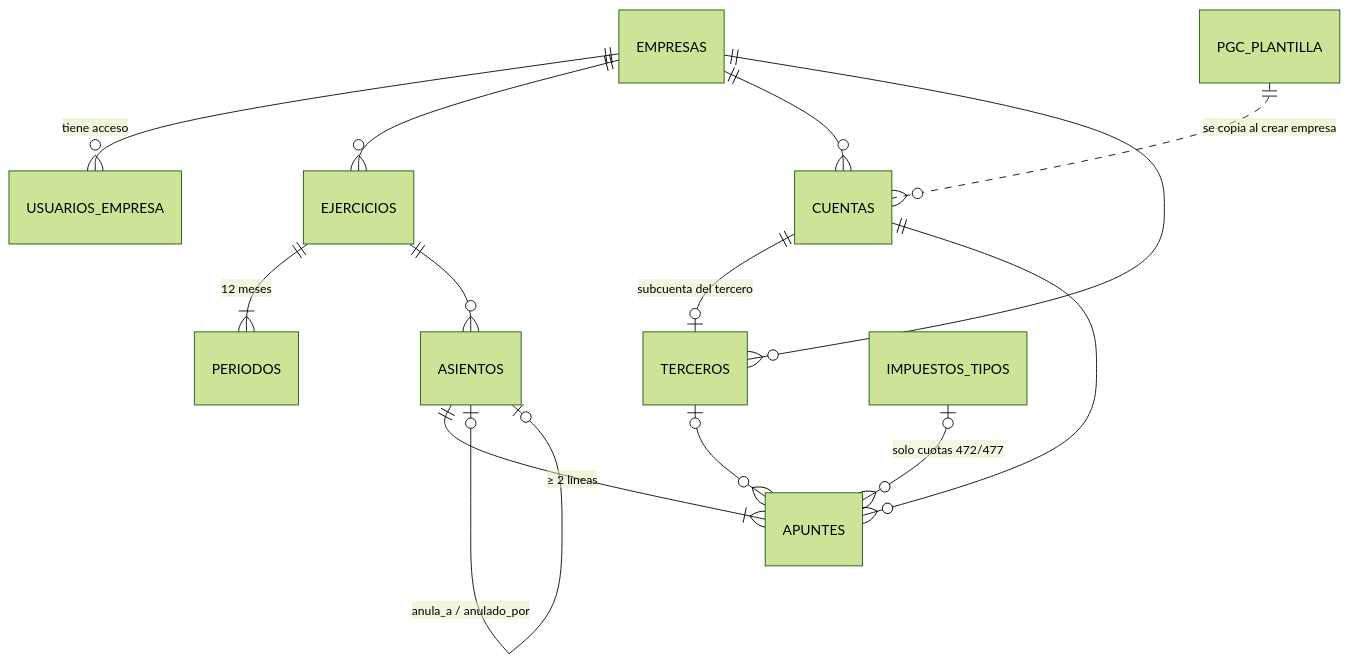
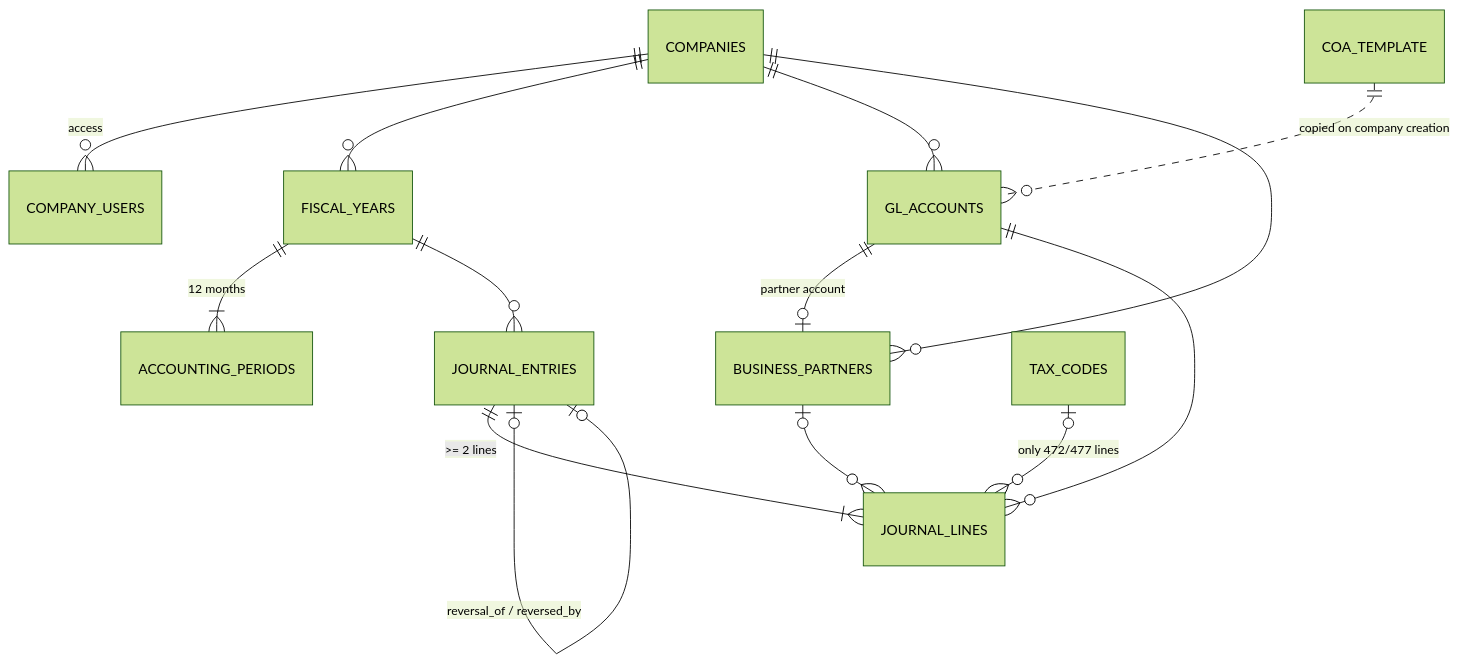
The diagram in docs/modelo-datos.md (Diosvely/MiniERP), drawn with Mermaid (forest theme) before and after one commit. The commit also changed other lines of this file and 21 other files, not shown here.

Commit message:
refactor(db)!: base de datos en inglés al estilo BC / SAP (schema erp)

````diff
--- a/docs/modelo-datos.md
+++ b/docs/modelo-datos.md
@@ -7,16 +8,16 @@
 ```mermaid
 erDiagram
-    EMPRESAS ||--o{ USUARIOS_EMPRESA : "tiene acceso"
-    EMPRESAS ||--o{ EJERCICIOS : ""
-    EJERCICIOS ||--|{ PERIODOS : "12 meses"
-    PGC_PLANTILLA ||..o{ CUENTAS : "se copia al crear empresa"
-    EMPRESAS ||--o{ CUENTAS : ""
-    EMPRESAS ||--o{ TERCEROS : ""
-    CUENTAS ||--o| TERCEROS : "subcuenta del tercero"
-    EJERCICIOS ||--o{ ASIENTOS : ""
-    ASIENTOS ||--|{ APUNTES : "≥ 2 líneas"
-    CUENTAS ||--o{ APUNTES : ""
-    TERCEROS |o--o{ APUNTES : ""
-    IMPUESTOS_TIPOS |o--o{ APUNTES : "solo cuotas 472/477"
-    ASIENTOS |o--o| ASIENTOS : "anula_a / anulado_por"
+    COMPANIES ||--o{ COMPANY_USERS : "access"
+    COMPANIES ||--o{ FISCAL_YEARS : ""
+    FISCAL_YEARS ||--|{ ACCOUNTING_PERIODS : "12 months"
+    COA_TEMPLATE ||..o{ GL_ACCOUNTS : "copied on company creation"
+    COMPANIES ||--o{ GL_ACCOUNTS : ""
+    COMPANIES ||--o{ BUSINESS_PARTNERS : ""
+    GL_ACCOUNTS ||--o| BUSINESS_PARTNERS : "partner account"
+    FISCAL_YEARS ||--o{ JOURNAL_ENTRIES : ""
+    JOURNAL_ENTRIES ||--|{ JOURNAL_LINES : ">= 2 lines"
+    GL_ACCOUNTS ||--o{ JOURNAL_LINES : ""
+    BUSINESS_PARTNERS |o--o{ JOURNAL_LINES : ""
+    TAX_CODES |o--o{ JOURNAL_LINES : "only 472/477 lines"
+    JOURNAL_ENTRIES |o--o| JOURNAL_ENTRIES : "reversal_of / reversed_by"
 ```
````
